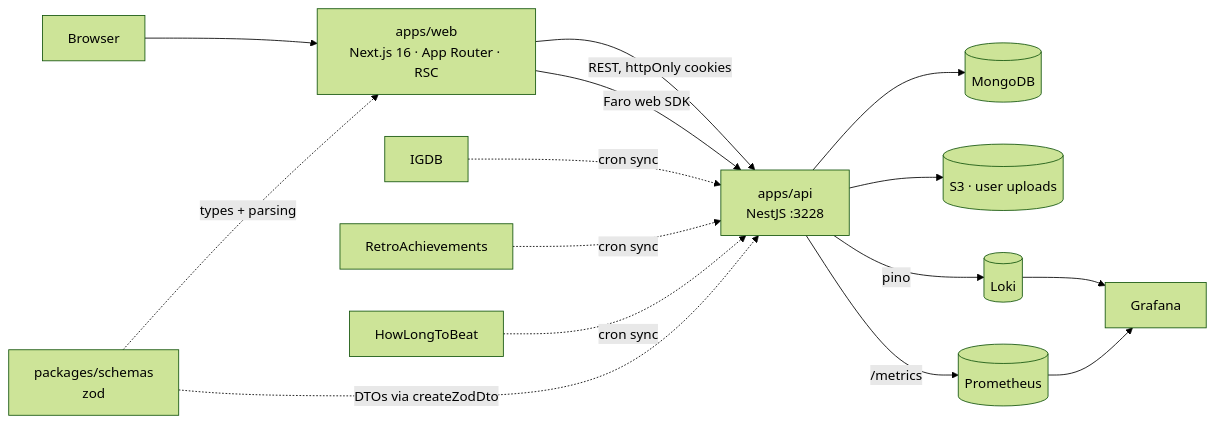
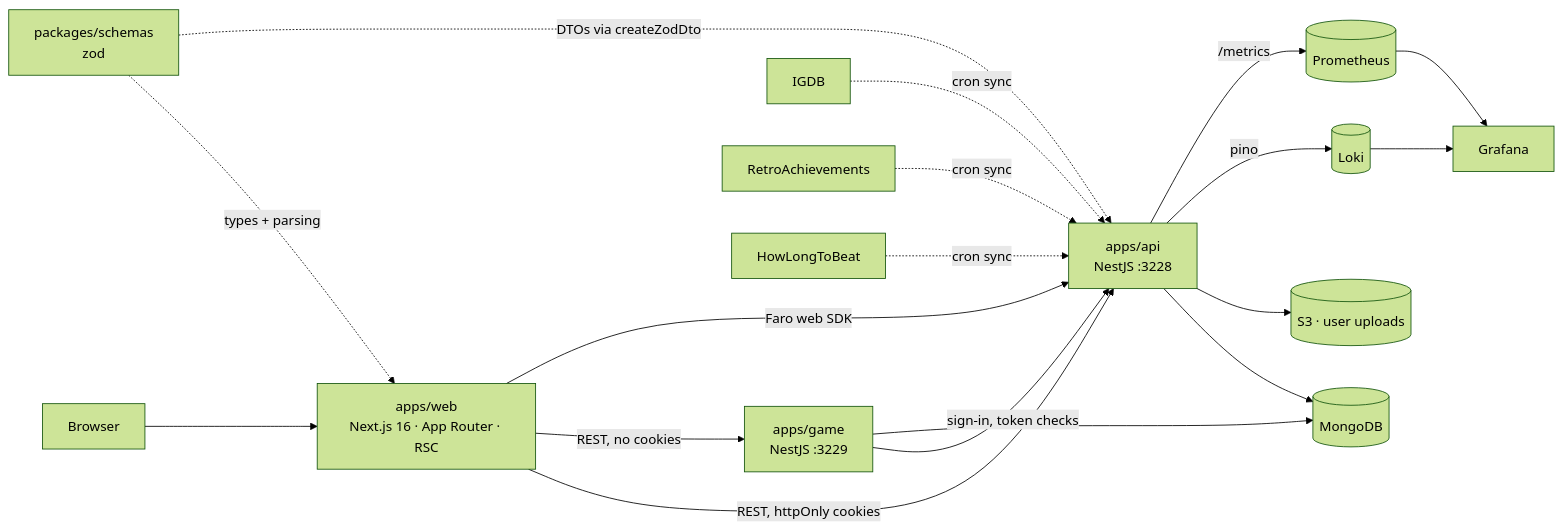
The diagram in README.md (alexgrist14/MoonCellar), drawn with Mermaid (forest theme) before and after one commit. The commit also changed other lines of this file and 24 other files, not shown here.

````diff
--- a/README.md
+++ b/README.md
@@ -69,17 +69,20 @@
 ```mermaid
 flowchart LR
     B["Browser"] --> N["apps/web<br/>Next.js 16 · App Router · RSC"]
     N -->|"REST, httpOnly cookies"| A["apps/api<br/>NestJS :3228"]
     S["packages/schemas<br/>zod"] -.->|"types + parsing"| N
     S -.->|"DTOs via createZodDto"| A
+    N -->|"REST, no cookies"| GS["apps/game<br/>NestJS :3229"]
+    GS -->|"sign-in, token checks"| A
     A --> M[("MongoDB")]
+    GS --> M
     A --> S3[("S3 · user uploads")]
     IG["IGDB"] -.->|"cron sync"| A
     RA["RetroAchievements"] -.->|"cron sync"| A
     HL["HowLongToBeat"] -.->|"cron sync"| A
     N -->|"Faro web SDK"| A
     A -->|"pino"| LK[("Loki")]
     A -->|"/metrics"| PR[("Prometheus")]
     LK --> G["Grafana"]
     PR --> G
 ```
````
